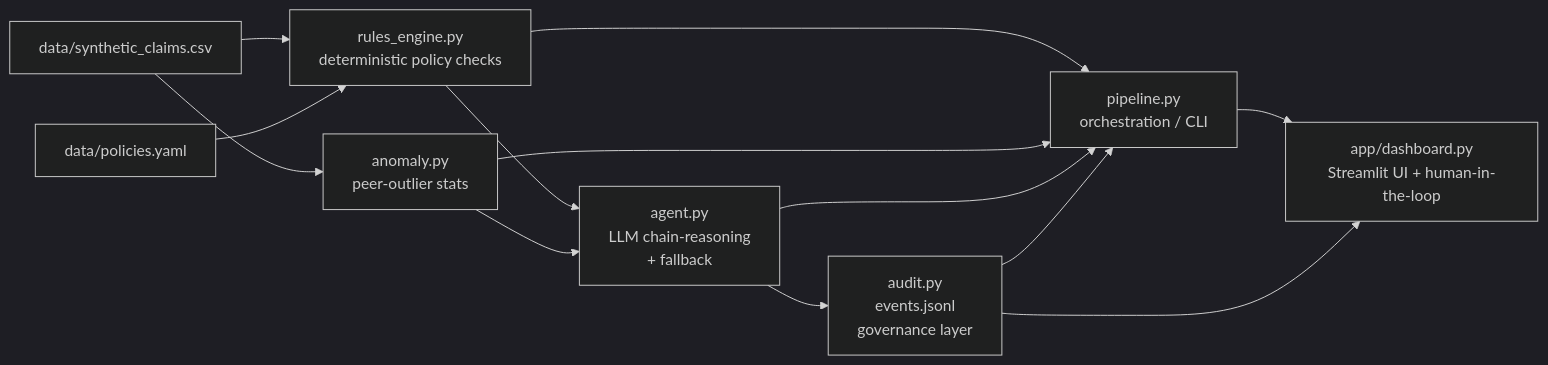
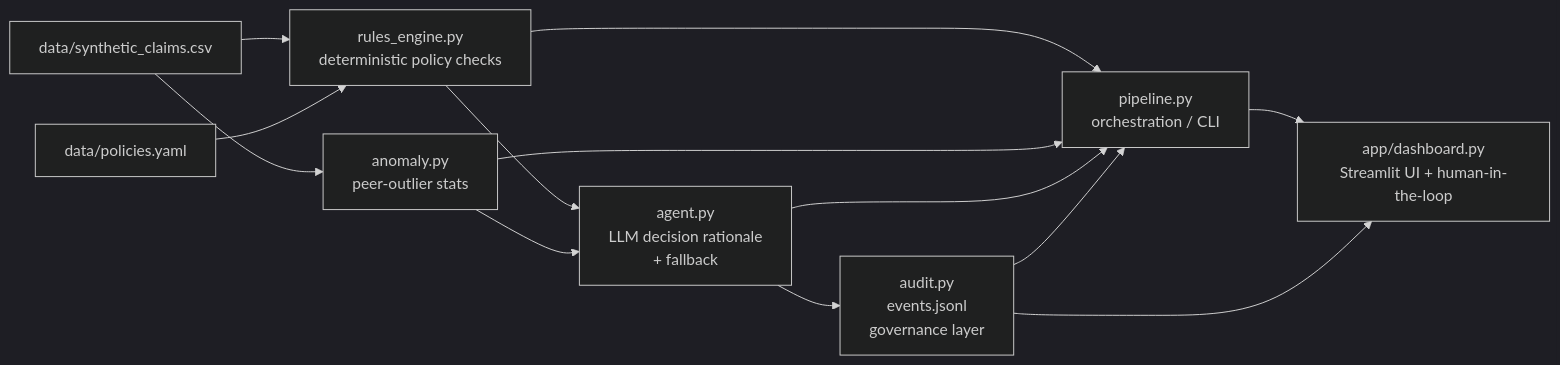
One commit to aryan-nagwekar/cotiviti-claimguard changed the diagram in docs/architecture.md. Above: the diagram before and after it, drawn with Mermaid (dark theme). The commit also changed 6 other files, not shown here.

First line of the commit message:
Polish: Cotiviti mapping, screenshots, disclaimer, decision-rationale wording, tests

````diff
--- a/docs/architecture.md
+++ b/docs/architecture.md
@@ -5,12 +5,12 @@
 ```mermaid
 flowchart LR
     A[data/synthetic_claims.csv] --> B[rules_engine.py<br/>deterministic policy checks]
     P[data/policies.yaml] --> B
     A --> C[anomaly.py<br/>peer-outlier stats]
-    B --> D[agent.py<br/>LLM chain-reasoning<br/>+ fallback]
+    B --> D[agent.py<br/>LLM decision rationale<br/>+ fallback]
     C --> D
     D --> E[audit.py<br/>events.jsonl<br/>governance layer]
     B & C & D & E --> F[pipeline.py<br/>orchestration / CLI]
     F --> G[app/dashboard.py<br/>Streamlit UI + human-in-the-loop]
     E --> G
 ```
````
